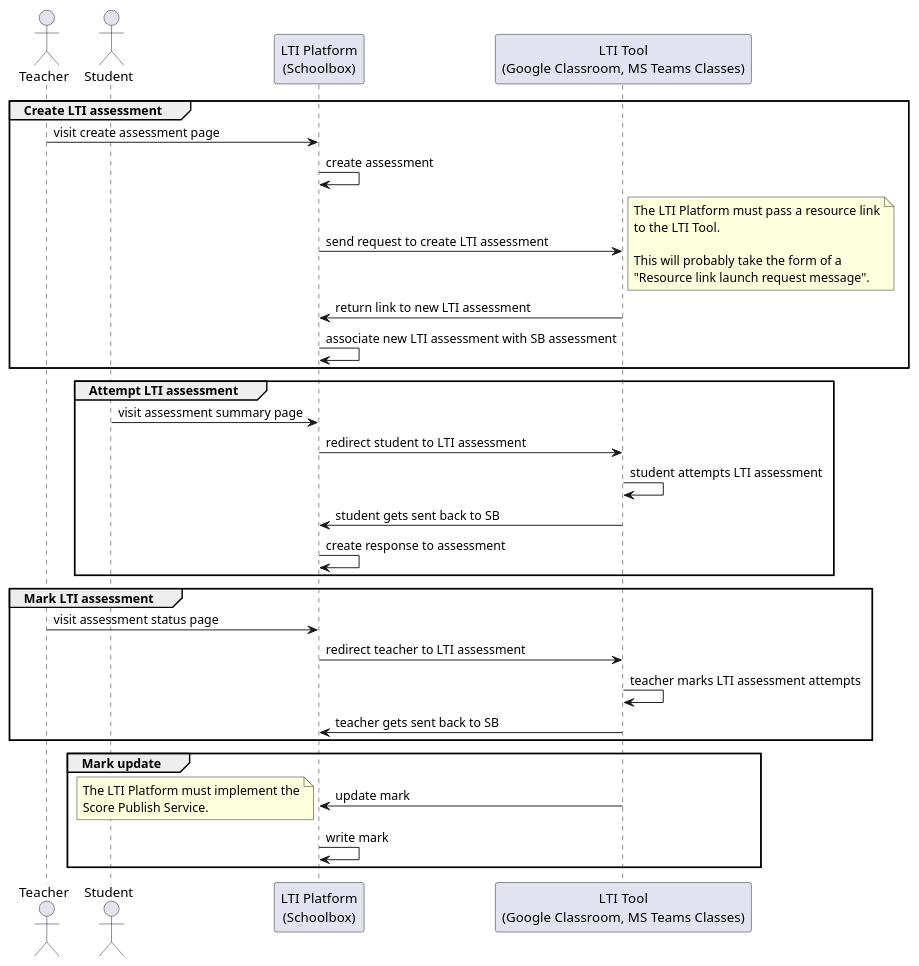
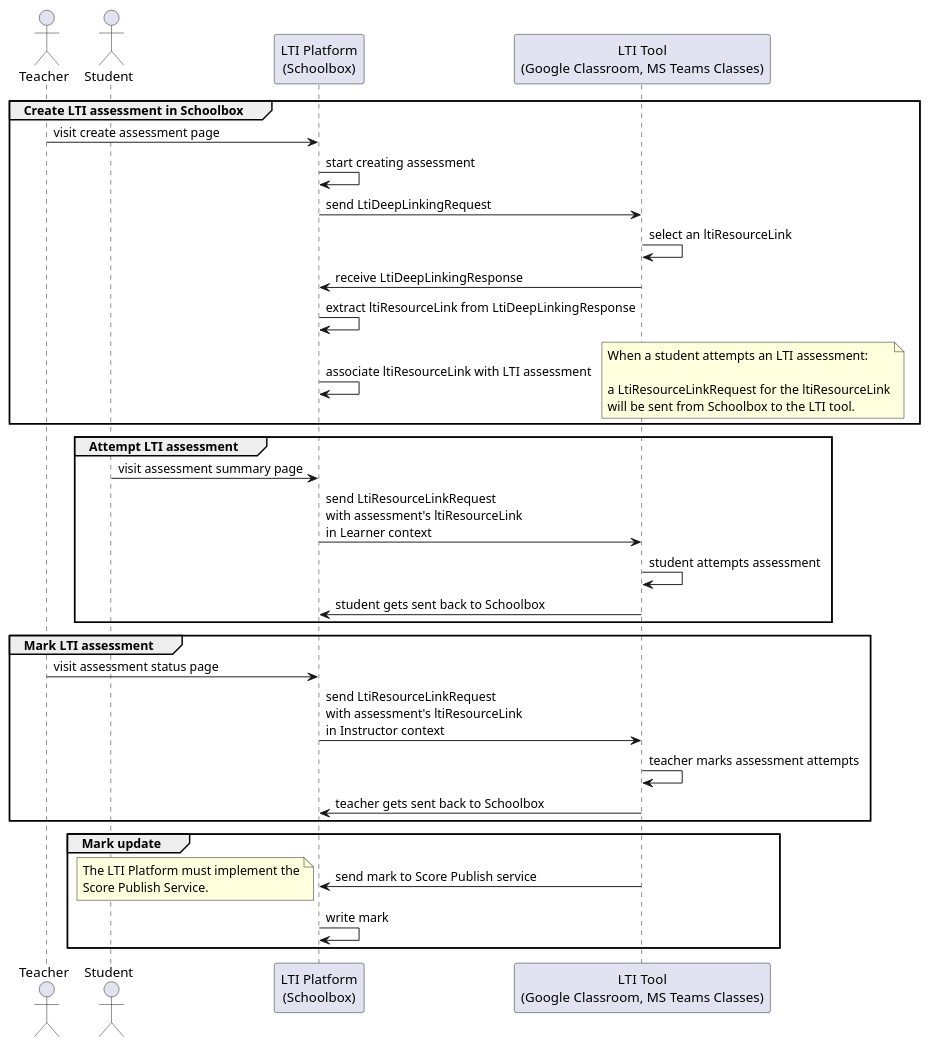
The diagram in library/Schoolbox/Learning/Assessment/Lti/sequenceDiagram.plantuml (juliaattrevisan/schoolbox-api-docs), drawn with PlantUML before and after one commit.

Commit message:
Update sequence diagram with messages and services LTI uses [SA-12593]

```diff
--- a/library/Schoolbox/Learning/Assessment/Lti/sequenceDiagram.plantuml
+++ b/library/Schoolbox/Learning/Assessment/Lti/sequenceDiagram.plantuml
@@ -1,48 +1,48 @@
 @startuml
 'https://plantuml.com/sequence-diagram
 
 actor Teacher as TC
 actor Student as ST
 participant "LTI Platform\n(Schoolbox)" as SB
 participant "LTI Tool\n(Google Classroom, MS Teams Classes)" as LTI
 
-group Create LTI assessment
+group Create LTI assessment in Schoolbox
     TC -> SB: visit create assessment page
-    SB -> SB: create assessment
-    SB -> LTI: send request to create LTI assessment
+    SB -> SB: start creating assessment
+    SB -> LTI: send LtiDeepLinkingRequest
+    LTI -> LTI: select an ltiResourceLink
+    LTI -> SB: receive LtiDeepLinkingResponse
+    SB -> SB: extract ltiResourceLink from LtiDeepLinkingResponse
+    SB -> SB: associate ltiResourceLink with LTI assessment
     note right
-    The LTI Platform must pass a resource link
-    to the LTI Tool.
+    When a student attempts an LTI assessment:
 
-    This will probably take the form of a
-    "Resource link launch request message".
+    a LtiResourceLinkRequest for the ltiResourceLink
+    will be sent from Schoolbox to the LTI tool.
     end note
-    LTI -> SB: return link to new LTI assessment
-    SB -> SB: associate new LTI assessment with SB assessment
 end
 
 group Attempt LTI assessment
     ST -> SB: visit assessment summary page
-    SB -> LTI: redirect student to LTI assessment
-    LTI -> LTI: student attempts LTI assessment
-    LTI -> SB: student gets sent back to SB
-    SB -> SB: create response to assessment
+    SB -> LTI: send LtiResourceLinkRequest\nwith assessment's ltiResourceLink\nin Learner context
+    LTI -> LTI: student attempts assessment
+    LTI -> SB: student gets sent back to Schoolbox
 end
 
 group Mark LTI assessment
     TC -> SB: visit assessment status page
-    SB -> LTI: redirect teacher to LTI assessment
-    LTI -> LTI: teacher marks LTI assessment attempts
-    LTI -> SB: teacher gets sent back to SB
+    SB -> LTI: send LtiResourceLinkRequest\nwith assessment's ltiResourceLink\nin Instructor context
+    LTI -> LTI: teacher marks assessment attempts
+    LTI -> SB: teacher gets sent back to Schoolbox
 end
 
 group Mark update
-    LTI -> SB: update mark
+    LTI -> SB: send mark to Score Publish service
     note left
     The LTI Platform must implement the
     Score Publish Service.
     end note
     SB -> SB: write mark
 end
 
 @enduml
```
